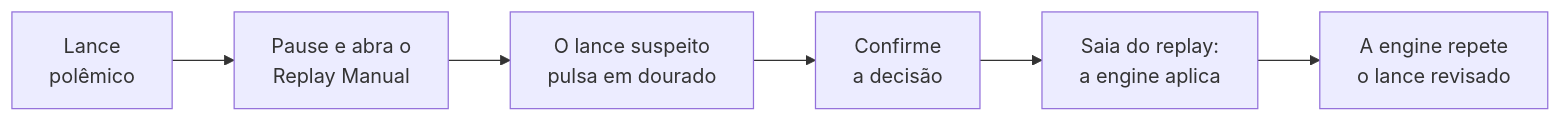
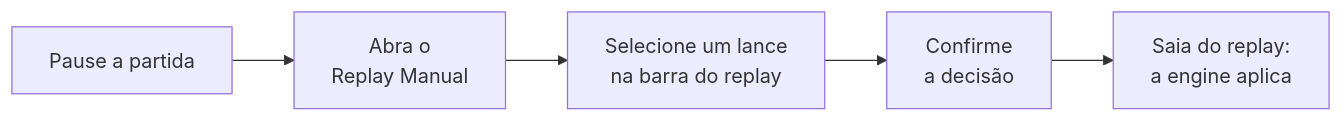
The first of 2 diagrams in README.pt-BR.md (Joao-Spala/pes21-var-mod), drawn with Mermaid before and after one commit. The commit also changed other lines of this file and 1 other file, not shown here.

````diff
--- a/README.pt-BR.md
+++ b/README.pt-BR.md
@@ -44,8 +68,7 @@
 ```mermaid
 flowchart LR
-    A["Lance<br/>polêmico"] --> B["Pause e abra o<br/>Replay Manual"]
-    B --> C["O lance suspeito<br/>pulsa em dourado"]
+    A["Pause a partida"] --> B["Abra o<br/>Replay Manual"]
+    B --> C["Selecione um lance<br/>na barra do replay"]
     C --> D["Confirme<br/>a decisão"]
     D --> E["Saia do replay:<br/>a engine aplica"]
-    E --> F["A engine repete<br/>o lance revisado"]
 ```
````
